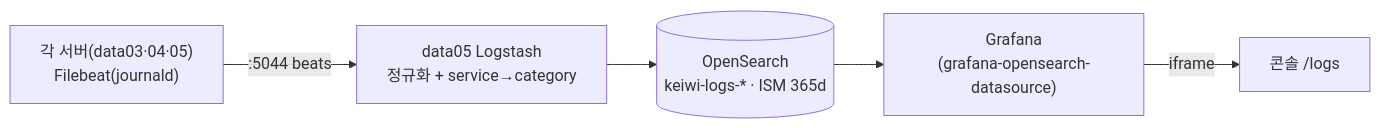
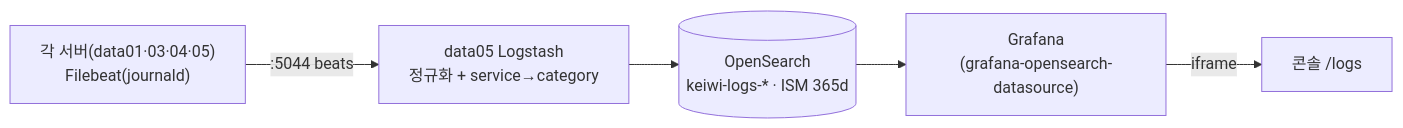
Before and after one commit to mooner92/KEIwi: the diagram in infra/logging/README.md, drawn with Mermaid. The commit also changed other lines of this file and 4 other files, not shown here.

First line of the commit message:
infra(logging): data01 로그 수집 온보딩 — xenial filebeat 7.17 벤더링

````diff
--- a/infra/logging/README.md
+++ b/infra/logging/README.md
@@ -11,7 +11,7 @@
 ```mermaid
 flowchart LR
-  FB["각 서버(data03·04·05)<br/>Filebeat(journald)"] -->|":5044 beats"| LS["data05 Logstash<br/>정규화 + service→category"]
+  FB["각 서버(data01·03·04·05)<br/>Filebeat(journald)"] -->|":5044 beats"| LS["data05 Logstash<br/>정규화 + service→category"]
   LS --> OS[("OpenSearch<br/>keiwi-logs-* · ISM 365d")]
   OS --> G["Grafana<br/>(grafana-opensearch-datasource)"]
   G -->|"iframe"| C["콘솔 /logs"]
 ```
````
